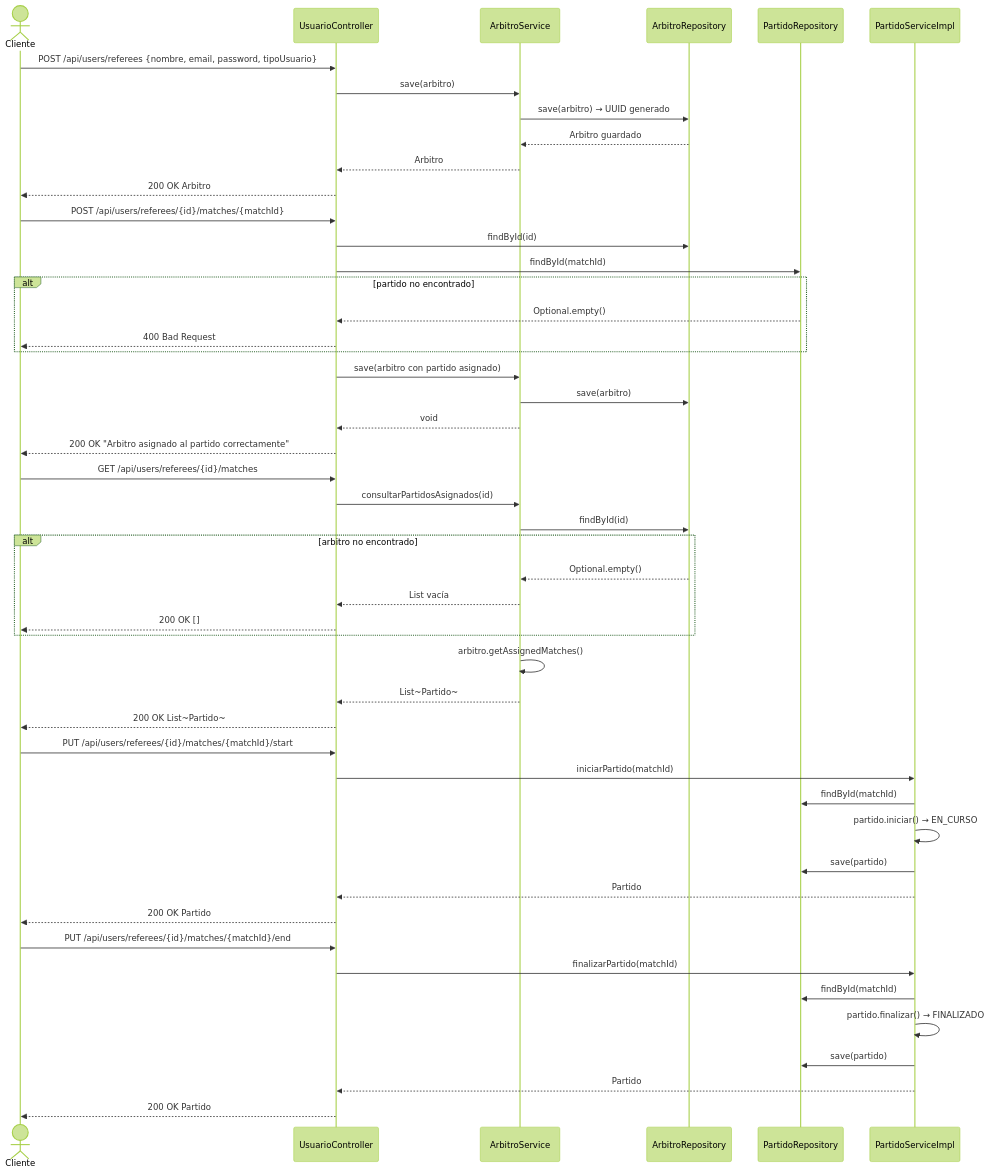
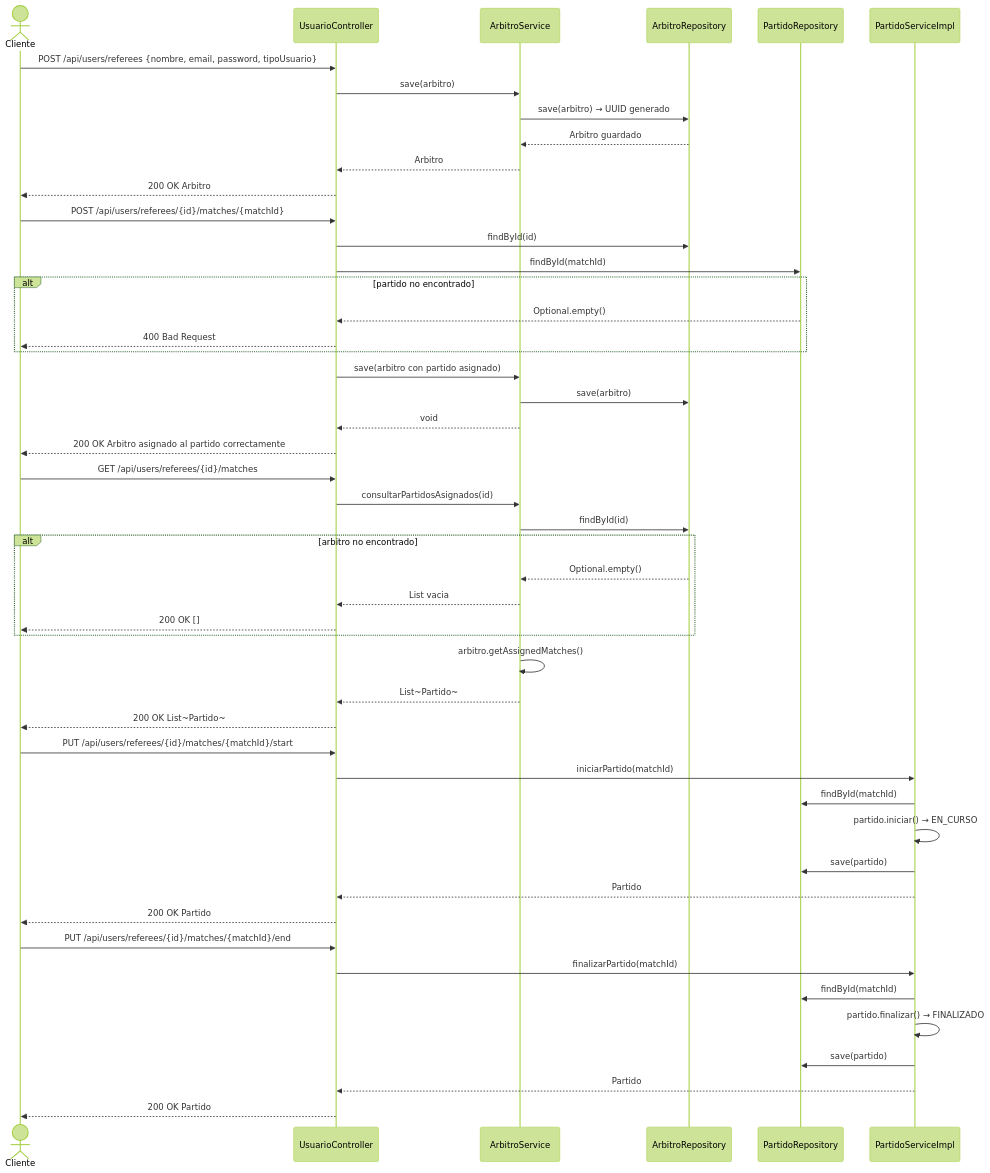
One commit to nglsz006/SFC_techcup-futbol changed the diagram in docs/uml/diagramas-secuencia/10-arbitros.md. Above: the diagram before and after it, drawn with Mermaid (forest theme). The commit also changed other lines of this file and 22 other files, not shown here.

Commit message:
docs: arreglar diagramas final

````diff
--- a/docs/uml/diagramas-secuencia/10-arbitros.md
+++ b/docs/uml/diagramas-secuencia/10-arbitros.md
@@ -3,61 +7,61 @@
 ```mermaid
 sequenceDiagram
     actor Cliente
     participant UsuarioController
     participant ArbitroService
     participant ArbitroRepository
     participant PartidoRepository
     participant PartidoServiceImpl
 
     %% Crear arbitro via admin
     Cliente->>UsuarioController: POST /api/users/referees {nombre, email, password, tipoUsuario}
     UsuarioController->>ArbitroService: save(arbitro)
     ArbitroService->>ArbitroRepository: save(arbitro) → UUID generado
     ArbitroRepository-->>ArbitroService: Arbitro guardado
     ArbitroService-->>UsuarioController: Arbitro
     UsuarioController-->>Cliente: 200 OK Arbitro
 
     %% Asignar partido a arbitro
     Cliente->>UsuarioController: POST /api/users/referees/{id}/matches/{matchId}
     UsuarioController->>ArbitroRepository: findById(id)
     UsuarioController->>PartidoRepository: findById(matchId)
     alt partido no encontrado
         PartidoRepository-->>UsuarioController: Optional.empty()
         UsuarioController-->>Cliente: 400 Bad Request
     end
     UsuarioController->>ArbitroService: save(arbitro con partido asignado)
     ArbitroService->>ArbitroRepository: save(arbitro)
     ArbitroService-->>UsuarioController: void
-    UsuarioController-->>Cliente: 200 OK "Arbitro asignado al partido correctamente"
+    UsuarioController-->>Cliente: 200 OK Arbitro asignado al partido correctamente
 
     %% Consultar partidos asignados
     Cliente->>UsuarioController: GET /api/users/referees/{id}/matches
     UsuarioController->>ArbitroService: consultarPartidosAsignados(id)
     ArbitroService->>ArbitroRepository: findById(id)
     alt arbitro no encontrado
         ArbitroRepository-->>ArbitroService: Optional.empty()
-        ArbitroService-->>UsuarioController: List vacía
+        ArbitroService-->>UsuarioController: List vacia
         UsuarioController-->>Cliente: 200 OK []
     end
     ArbitroService->>ArbitroService: arbitro.getAssignedMatches()
     ArbitroService-->>UsuarioController: List~Partido~
     UsuarioController-->>Cliente: 200 OK List~Partido~
 
     %% Iniciar partido
     Cliente->>UsuarioController: PUT /api/users/referees/{id}/matches/{matchId}/start
     UsuarioController->>PartidoServiceImpl: iniciarPartido(matchId)
     PartidoServiceImpl->>PartidoRepository: findById(matchId)
     PartidoServiceImpl->>PartidoServiceImpl: partido.iniciar() → EN_CURSO
     PartidoServiceImpl->>PartidoRepository: save(partido)
     PartidoServiceImpl-->>UsuarioController: Partido
     UsuarioController-->>Cliente: 200 OK Partido
 
     %% Finalizar partido
     Cliente->>UsuarioController: PUT /api/users/referees/{id}/matches/{matchId}/end
     UsuarioController->>PartidoServiceImpl: finalizarPartido(matchId)
     PartidoServiceImpl->>PartidoRepository: findById(matchId)
     PartidoServiceImpl->>PartidoServiceImpl: partido.finalizar() → FINALIZADO
     PartidoServiceImpl->>PartidoRepository: save(partido)
     PartidoServiceImpl-->>UsuarioController: Partido
     UsuarioController-->>Cliente: 200 OK Partido
 ```
````
